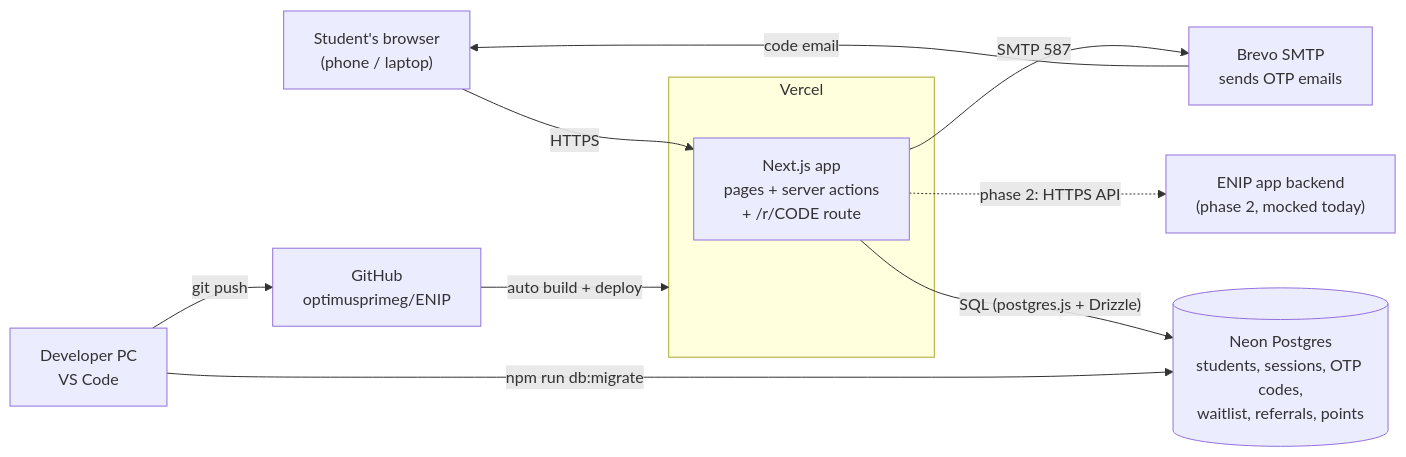
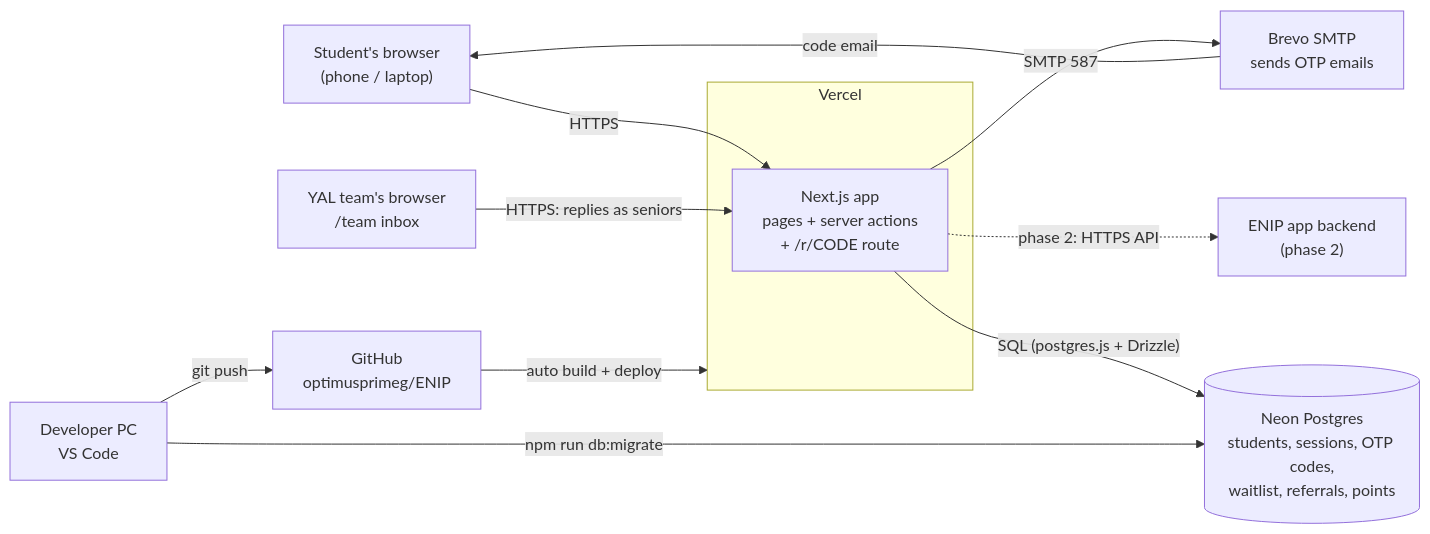
Before and after one commit to YourKudo/ENIP: the first of 6 diagrams in docs/ARCHITECTURE.md, drawn with Mermaid. The commit also changed other lines of this file and 30 other files, not shown here.

First line of the commit message:
Team inbox: seniors and chats in Postgres, YAL team replies at /team

````diff
--- a/docs/ARCHITECTURE.md
+++ b/docs/ARCHITECTURE.md
@@ -14,23 +14,25 @@
 ```mermaid
 flowchart LR
   student["Student's browser<br/>(phone / laptop)"]
   dev["Developer PC<br/>VS Code"]
   github["GitHub<br/>optimusprimeg/ENIP"]
 
   subgraph vercel["Vercel"]
     app["Next.js app<br/>pages + server actions<br/>+ /r/CODE route"]
   end
 
   neon[("Neon Postgres<br/>students, sessions, OTP codes,<br/>waitlist, referrals, points")]
   brevo["Brevo SMTP<br/>sends OTP emails"]
-  enipApp["ENIP app backend<br/>(phase 2, mocked today)"]
+  team["YAL team's browser<br/>/team inbox"]
+  enipApp["ENIP app backend<br/>(phase 2)"]
 
   student -- "HTTPS" --> app
+  team -- "HTTPS: replies as seniors" --> app
   app -- "SQL (postgres.js + Drizzle)" --> neon
   app -- "SMTP 587" --> brevo
   brevo -- "code email" --> student
   app -. "phase 2: HTTPS API" .-> enipApp
   dev -- "git push" --> github
   github -- "auto build + deploy" --> vercel
   dev -- "npm run db:migrate" --> neon
 ```
````
